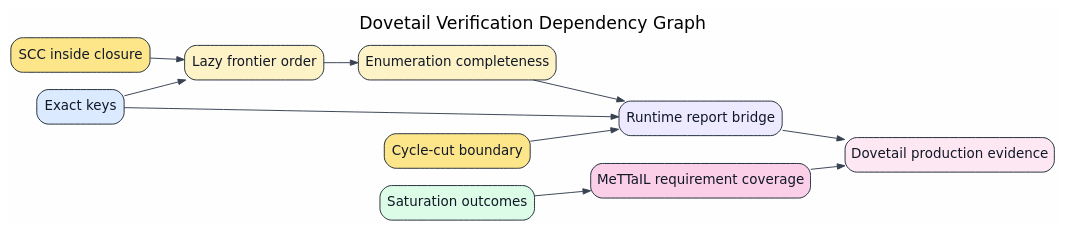
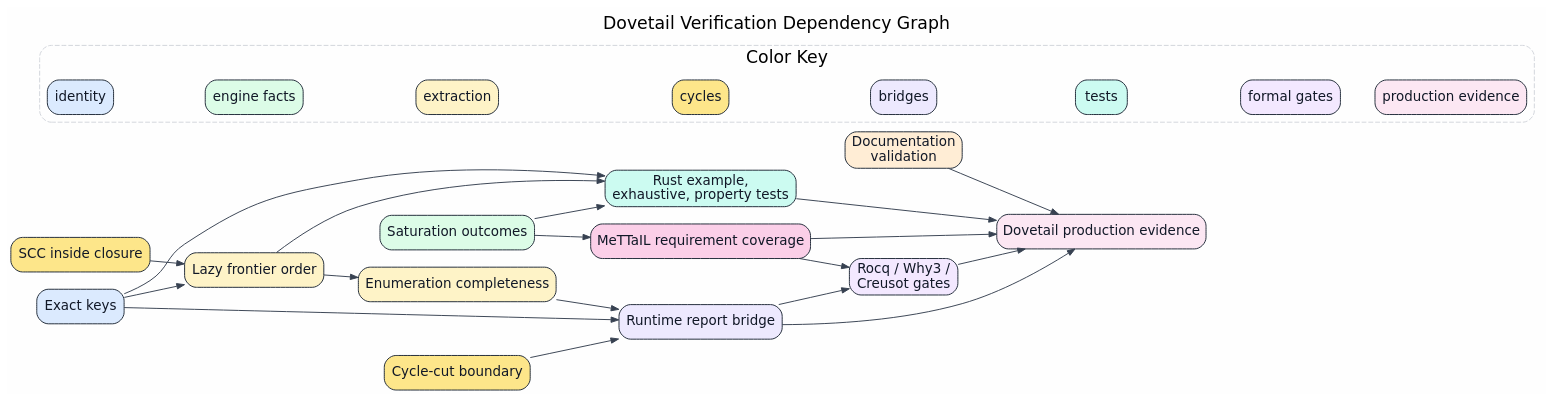
One commit to F1R3FLY-io/mettail-rust changed the diagram in docs/architecture/dovetail/figures/07-verification-dag.dot. Above: the diagram before and after it, drawn with Graphviz. The commit also changed 32 other files, not shown here.

```diff
--- a/docs/architecture/dovetail/figures/07-verification-dag.dot
+++ b/docs/architecture/dovetail/figures/07-verification-dag.dot
@@ -1,38 +1,64 @@
 digraph dovetail_verification {
   graph [
     rankdir=LR,
     bgcolor="#FEFEFE",
     fontname="DejaVu Sans",
     label="Dovetail Verification Dependency Graph",
     labelloc=t,
     fontsize=18
   ];
   node [
     shape=box,
     style="rounded,filled",
     color="#1F2937",
     fontcolor="#111827",
     fontname="DejaVu Sans"
   ];
   edge [color="#374151", arrowsize=0.8];
 
   exact_keys [label="Exact keys", fillcolor="#DBEAFE"];
   saturation [label="Saturation outcomes", fillcolor="#DCFCE7"];
   frontier [label="Lazy frontier order", fillcolor="#FEF3C7"];
   enumeration [label="Enumeration completeness", fillcolor="#FEF3C7"];
   cycles [label="Cycle-cut boundary", fillcolor="#FDE68A"];
   inside [label="SCC inside closure", fillcolor="#FDE68A"];
   reports [label="Runtime report bridge", fillcolor="#EDE9FE"];
   requirements [label="MeTTaIL requirement coverage", fillcolor="#FBCFE8"];
+  rust_tests [label="Rust example,\nexhaustive, property tests", fillcolor="#CCFBF1"];
+  formal_gates [label="Rocq / Why3 /\nCreusot gates", fillcolor="#F3E8FF"];
+  doc_validation [label="Documentation\nvalidation", fillcolor="#FFEDD5"];
   production [label="Dovetail production evidence", fillcolor="#FCE7F3"];
 
   exact_keys -> frontier;
   exact_keys -> reports;
   saturation -> requirements;
   frontier -> enumeration;
   enumeration -> reports;
   cycles -> reports;
   inside -> frontier;
+  exact_keys -> rust_tests;
+  saturation -> rust_tests;
+  frontier -> rust_tests;
+  reports -> formal_gates;
+  requirements -> formal_gates;
   requirements -> production;
   reports -> production;
+  rust_tests -> production;
+  formal_gates -> production;
+  doc_validation -> production;
+
+  subgraph cluster_legend {
+    label="Color Key";
+    color="#D1D5DB";
+    style="rounded,dashed";
+    key_exact [label="identity", fillcolor="#DBEAFE"];
+    key_engine [label="engine facts", fillcolor="#DCFCE7"];
+    key_extract [label="extraction", fillcolor="#FEF3C7"];
+    key_cycles [label="cycles", fillcolor="#FDE68A"];
+    key_bridge [label="bridges", fillcolor="#EDE9FE"];
+    key_tests [label="tests", fillcolor="#CCFBF1"];
+    key_gates [label="formal gates", fillcolor="#F3E8FF"];
+    key_prod [label="production evidence", fillcolor="#FCE7F3"];
+    key_exact -> key_engine -> key_extract -> key_cycles -> key_bridge -> key_tests -> key_gates -> key_prod [style=invis];
+  }
 }
```
